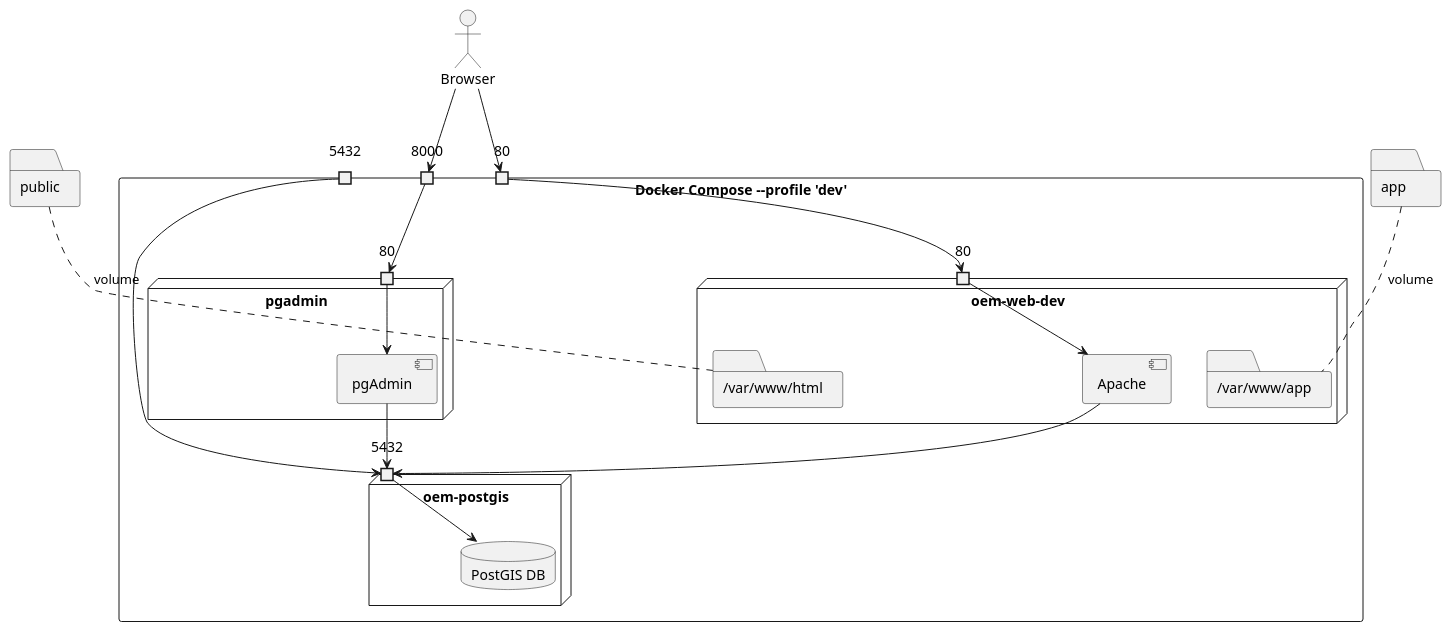
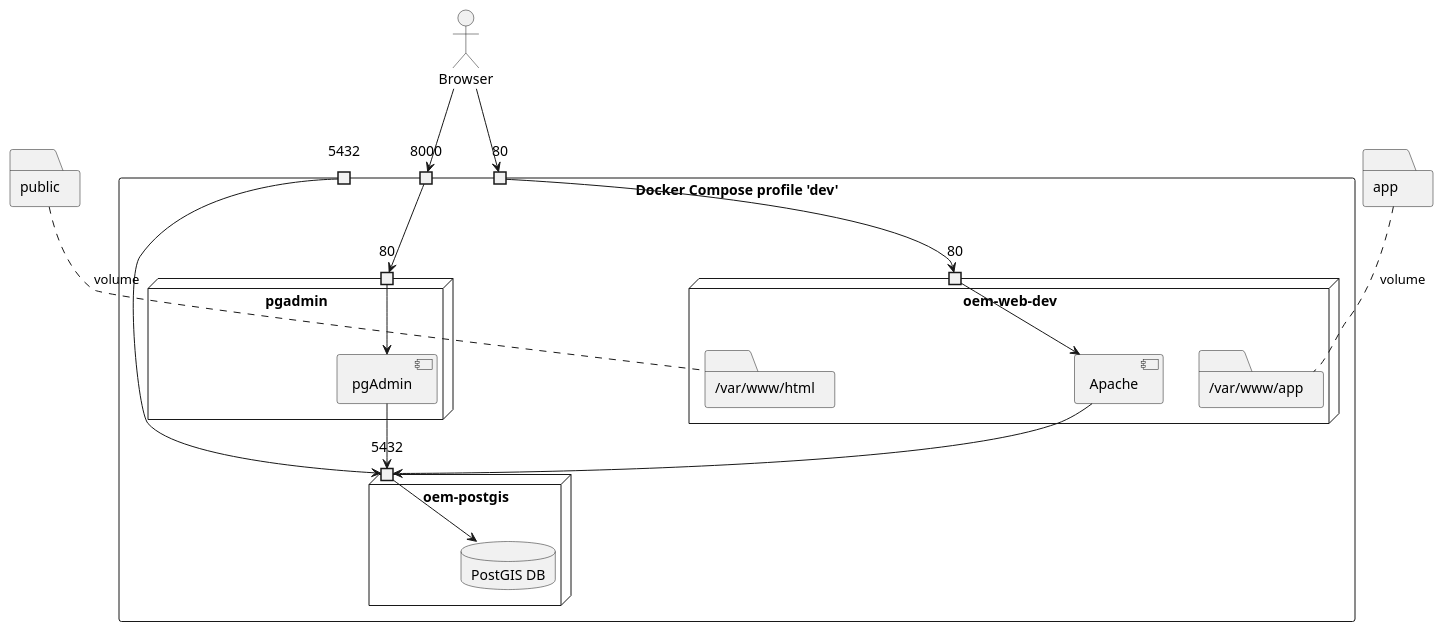
Before and after one commit to Danysan1/osm-wikidata-map-framework: the diagram in images/dev.plantuml, drawn with PlantUML. The commit also changed 12 other files, not shown here.

First line of the commit message:
Reformat docker-compose

```diff
--- a/images/dev.plantuml
+++ b/images/dev.plantuml
@@ -1,44 +1,44 @@
 @startuml dev
 
 actor Browser
-rectangle "Docker Compose --profile 'dev'" as docker {
+rectangle "Docker Compose profile 'dev'" as docker {
   port "8000" as 8000docker
   port "5432" as 5432docker
   port "80" as 80docker
   node "oem-postgis" {
     port 5432 as 5432db
     database "PostGIS DB" as db
   }
   node pgadmin {
     port "80" as 80pgAdmin
     component pgAdmin
   }
   node "oem-web-dev" {
     port "80" as 80webDev
     component Apache
     folder "/var/www/app" as appRem
     folder "/var/www/html" as htmlRem
   }
 
 }
 folder "public" as htmlLoc
 folder "app" as appLoc
 
 Apache --> 5432db
 pgAdmin --> 5432db
 
 Browser --> 80docker
 Browser --> 8000docker
 
 80docker --> 80webDev
 8000docker --> 80pgAdmin
 5432docker --> 5432db
 
 htmlLoc ... htmlRem : volume
 appLoc ... appRem : volume
 
 80webDev -> Apache
 5432db -> db
 80pgAdmin -> pgAdmin
 
 @enduml
```
